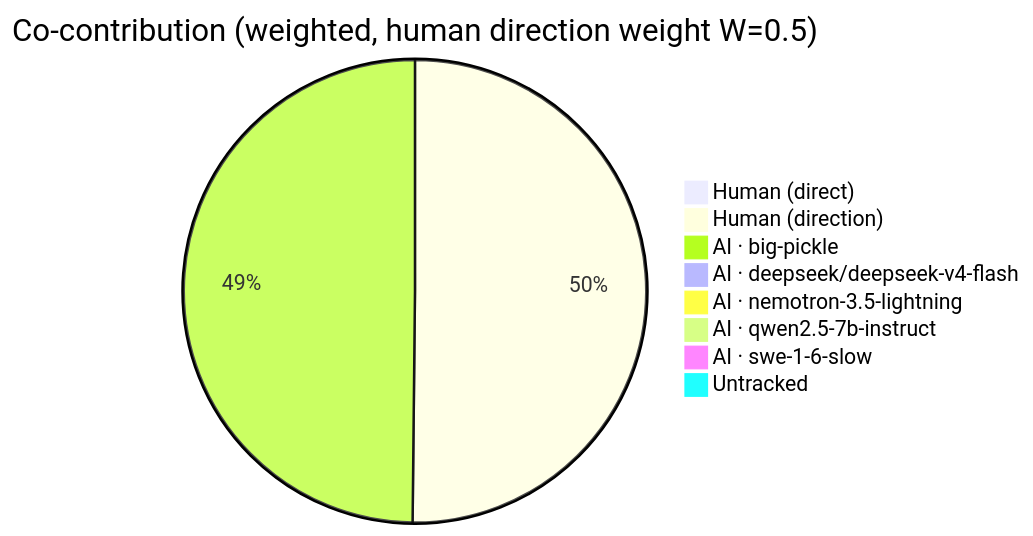
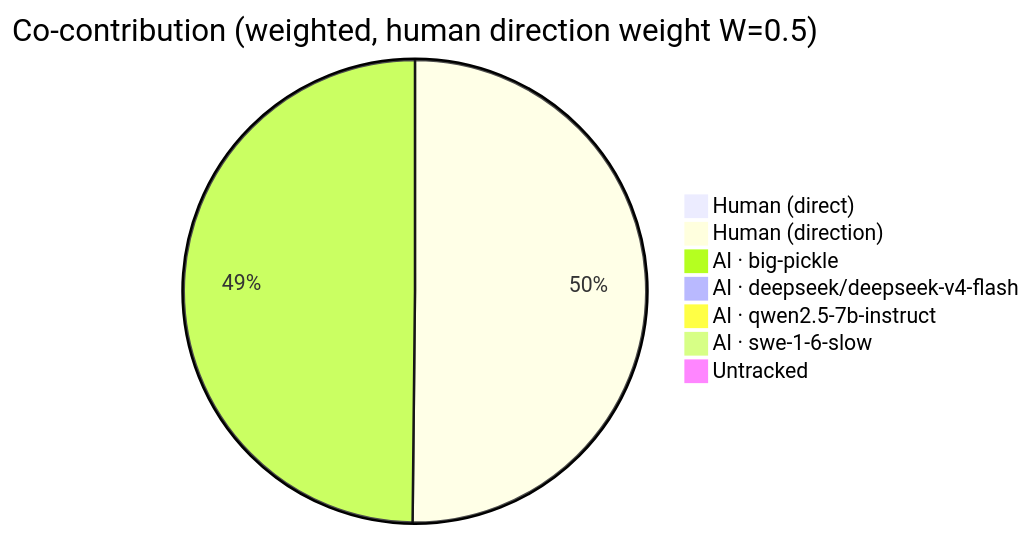
Before and after one commit to CaliMark/game-of-life: the first of 4 diagrams in AI-AUTHORSHIP.md, drawn with Mermaid. The commit also changed other lines of this file and 1 other file, not shown here.

````diff
--- a/AI-AUTHORSHIP.md
+++ b/AI-AUTHORSHIP.md
@@ -23,11 +23,10 @@
 ```mermaid
 pie title Co-contribution (weighted, human direction weight W=0.5)
     "Human (direct)" : 1
     "Human (direction)" : 305
     "AI · big-pickle" : 303
     "AI · deepseek/deepseek-v4-flash" : 1
-    "AI · nemotron-3.5-lightning" : 1
     "AI · qwen2.5-7b-instruct" : 1
     "AI · swe-1-6-slow" : 1
-    "Untracked" : 0
+    "Untracked" : 1
 ```
````
